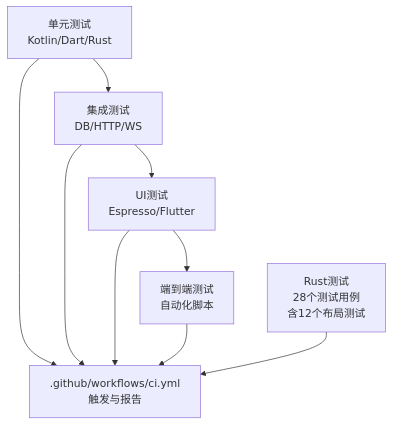
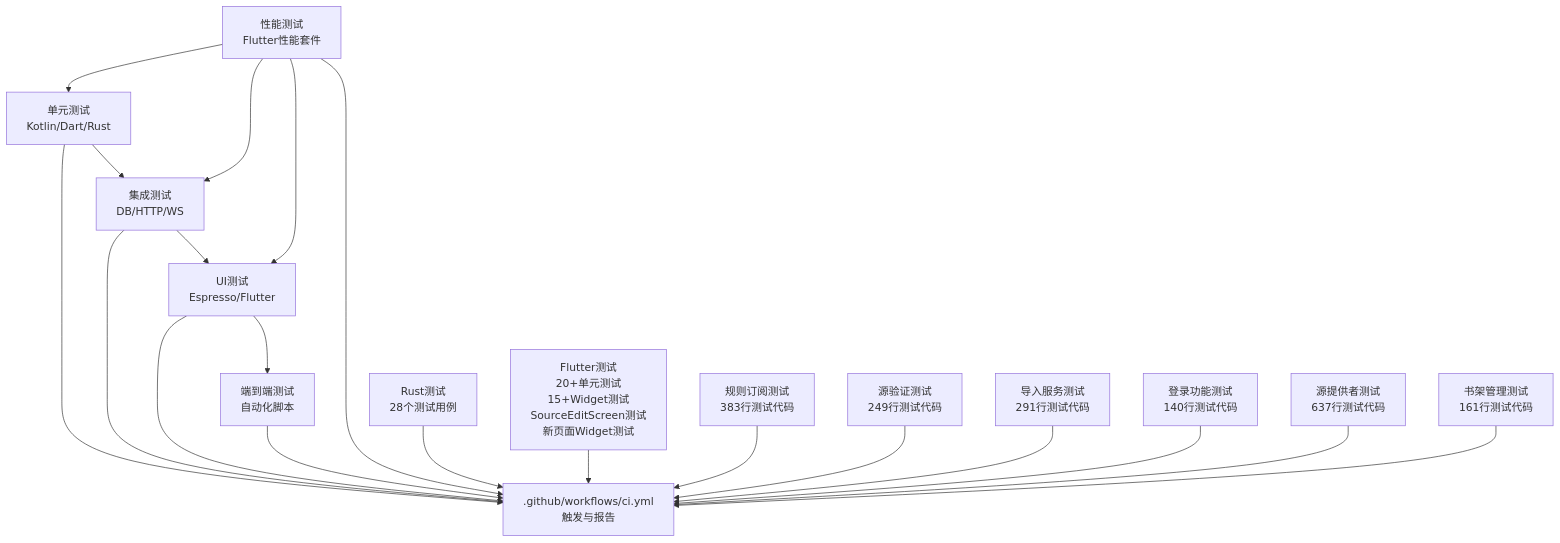
The second of 8 diagrams in .qoder/repowiki/zh/content/开发指南/测试策略/测试策略.md (ZhangGHGitHub/LegadoTeamFlutter), drawn with Mermaid before and after one commit. The commit also changed other lines of this file and 173 other files, not shown here.

````diff
--- a/.qoder/repowiki/zh/content/开发指南/测试策略/测试策略.md
+++ b/.qoder/repowiki/zh/content/开发指南/测试策略/测试策略.md
@@ -135,12 +176,23 @@
 ```mermaid
 graph TB
 U["单元测试<br/>Kotlin/Dart/Rust"] --> I["集成测试<br/>DB/HTTP/WS"]
 I --> UI["UI测试<br/>Espresso/Flutter"]
 UI --> E2E["端到端测试<br/>自动化脚本"]
+P["性能测试<br/>Flutter性能套件"] --> U
+P --> I
+P --> UI
 CI[".github/workflows/ci.yml<br/>触发与报告"]
 U --> CI
 I --> CI
 UI --> CI
 E2E --> CI
-RUST_TESTS["Rust测试<br/>28个测试用例<br/>含12个布局测试"] --> CI
+P --> CI
+RUST_TESTS["Rust测试<br/>28个测试用例"] --> CI
+FLUTTER_TESTS["Flutter测试<br/>20+单元测试<br/>15+Widget测试<br/>SourceEditScreen测试<br/>新页面Widget测试"] --> CI
+RULE_SUB_TESTS["规则订阅测试<br/>383行测试代码"] --> CI
+SOURCE_VALIDATION_TESTS["源验证测试<br/>249行测试代码"] --> CI
+IMPORT_SERVICE_TESTS["导入服务测试<br/>291行测试代码"] --> CI
+LOGIN_TESTS["登录功能测试<br/>140行测试代码"] --> CI
+SOURCE_PROVIDER_TESTS["源提供者测试<br/>637行测试代码"] --> CI
+BOOKSHELF_MANAGE_TESTS["书架管理测试<br/>161行测试代码"] --> CI
 ```
````
